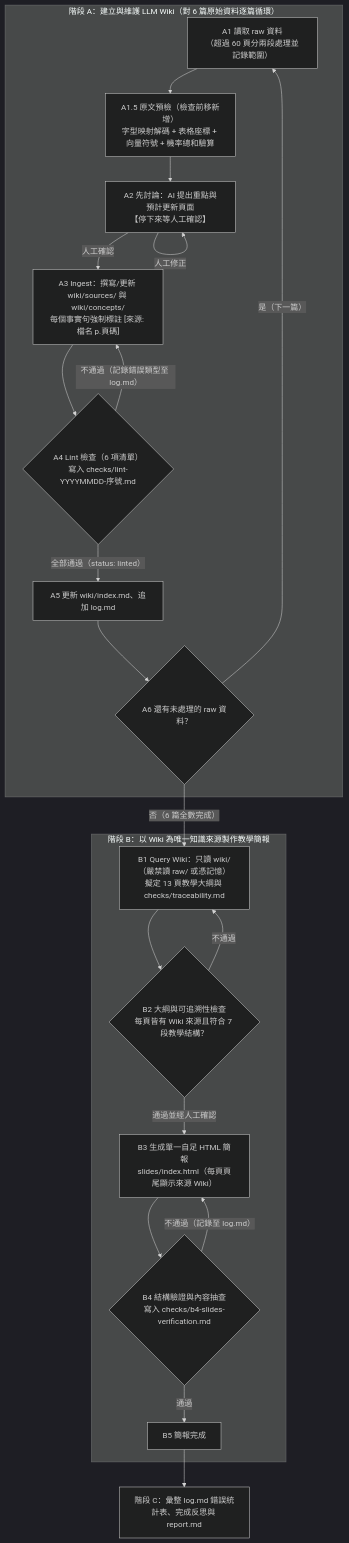
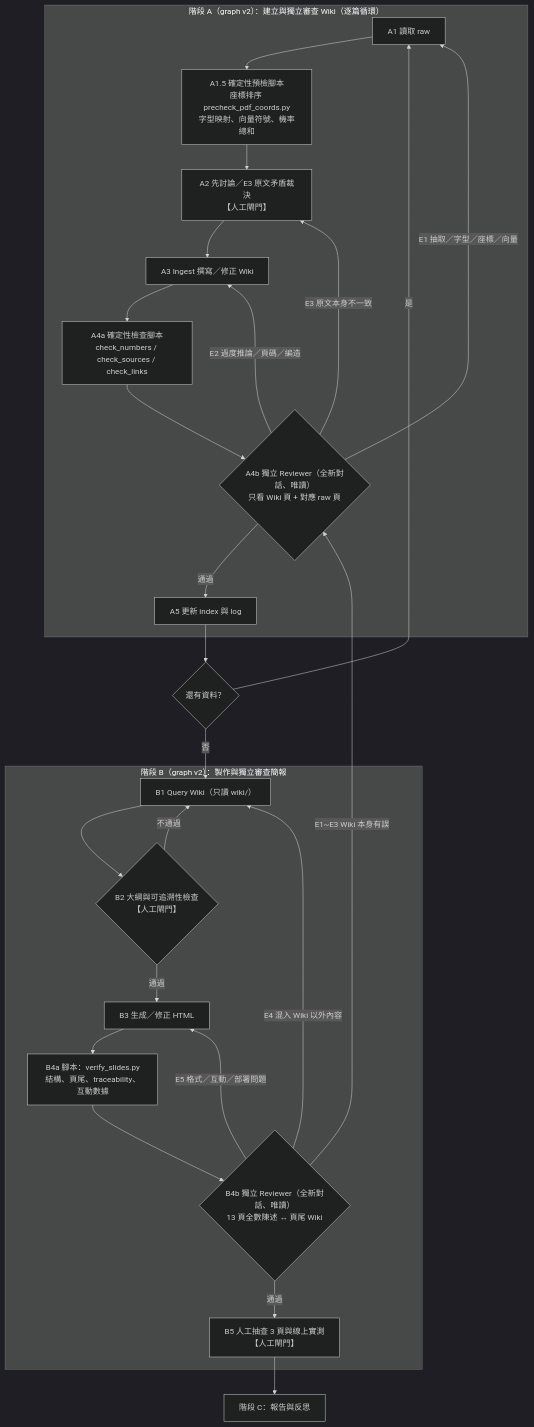
The second of 2 diagrams in report.md (huitinghsueh45-lab/W10_HW), drawn with Mermaid (dark theme) before and after one commit. The commit also changed other lines of this file and 22 other files, not shown here.

Commit message:
Add graph v2, independent reviewer run 2, and report fixes

````diff
--- a/report.md
+++ b/report.md
@@ -32,24 +61,29 @@
 ```mermaid
 flowchart TD
-    subgraph A["階段 A：建立與維護 LLM Wiki（對 6 篇原始資料逐篇循環）"]
-        A1["A1 讀取 raw 資料<br/>（超過 60 頁分兩段處理並記錄範圍）"] --> A15["A1.5 原文預檢（檢查前移新增）<br/>字型映射解碼 + 表格座標 + 向量符號 + 機率總和驗算"]
-        A15 --> A2["A2 先討論：AI 提出重點與預計更新頁面<br/>【停下來等人工確認】"]
-        A2 -- "人工修正" --> A2
-        A2 -- "人工確認" --> A3["A3 Ingest：撰寫/更新 wiki/sources/ 與 wiki/concepts/<br/>每個事實句強制標註 [來源: 檔名 p.頁碼]"]
-        A3 --> A4{"A4 Lint 檢查（6 項清單）<br/>寫入 checks/lint-YYYYMMDD-序號.md"}
-        A4 -- "不通過（記錄錯誤類型至 log.md）" --> A3
-        A4 -- "全部通過（status: linted）" --> A5["A5 更新 wiki/index.md、追加 log.md"]
-        A5 --> A6{"A6 還有未處理的 raw 資料？"}
-        A6 -- "是（下一篇）" --> A1
+    subgraph A2_sub["階段 A（graph v2）：建立與獨立審查 Wiki（逐篇循環）"]
+        A1["A1 讀取 raw"] --> A15["A1.5 確定性預檢腳本<br/>座標排序 precheck_pdf_coords.py<br/>字型映射、向量符號、機率總和"]
+        A15 --> A2["A2 先討論／E3 原文矛盾裁決<br/>【人工閘門】"]
+        A2 --> A3["A3 Ingest 撰寫／修正 Wiki"]
+        A3 --> A4a["A4a 確定性檢查腳本<br/>check_numbers / check_sources / check_links"]
+        A4a --> A4b{"A4b 獨立 Reviewer（全新對話、唯讀）<br/>只看 Wiki 頁 + 對應 raw 頁"}
+        A4b -- "通過" --> A5["A5 更新 index 與 log"]
+        A4b -- "E1 抽取／字型／座標／向量" --> A1
+        A4b -- "E2 過度推論／頁碼／編造" --> A3
+        A4b -- "E3 原文本身不一致" --> A2
     end
-    A6 -- "否（6 篇全數完成）" --> B1
-    subgraph B["階段 B：以 Wiki 為唯一知識來源製作教學簡報"]
-        B1["B1 Query Wiki：只讀 wiki/（嚴禁讀 raw/ 或憑記憶）<br/>擬定 13 頁教學大綱與 checks/traceability.md"] --> B2{"B2 大綱與可追溯性檢查<br/>每頁皆有 Wiki 來源且符合 7 段教學結構？"}
+    A5 --> A6{"還有資料？"}
+    A6 -- "是" --> A1
+    A6 -- "否" --> B1
+    subgraph B2_sub["階段 B（graph v2）：製作與獨立審查簡報"]
+        B1["B1 Query Wiki（只讀 wiki/）"] --> B2{"B2 大綱與可追溯性檢查<br/>【人工閘門】"}
         B2 -- "不通過" --> B1
-        B2 -- "通過並經人工確認" --> B3["B3 生成單一自足 HTML 簡報<br/>slides/index.html（每頁頁尾顯示來源 Wiki）"]
-        B3 --> B4{"B4 結構驗證與內容抽查<br/>寫入 checks/b4-slides-verification.md"}
-        B4 -- "不通過（記錄至 log.md）" --> B3
-        B4 -- "通過" --> B5["B5 簡報完成"]
+        B2 -- "通過" --> B3["B3 生成／修正 HTML"]
+        B3 --> B4a["B4a 腳本：verify_slides.py<br/>結構、頁尾、traceability、互動數據"]
+        B4a --> B4b{"B4b 獨立 Reviewer（全新對話、唯讀）<br/>13 頁全數陳述 ↔ 頁尾 Wiki"}
+        B4b -- "E4 混入 Wiki 以外內容" --> B1
+        B4b -- "E5 格式／互動／部署問題" --> B3
+        B4b -- "E1~E3 Wiki 本身有誤" --> A4b
+        B4b -- "通過" --> B5["B5 人工抽查 3 頁與線上實測<br/>【人工閘門】"]
     end
-    B5 --> C1["階段 C：彙整 log.md 錯誤統計表、完成反思與 report.md"]
+    B5 --> C1["階段 C：報告與反思"]
 ```
````
